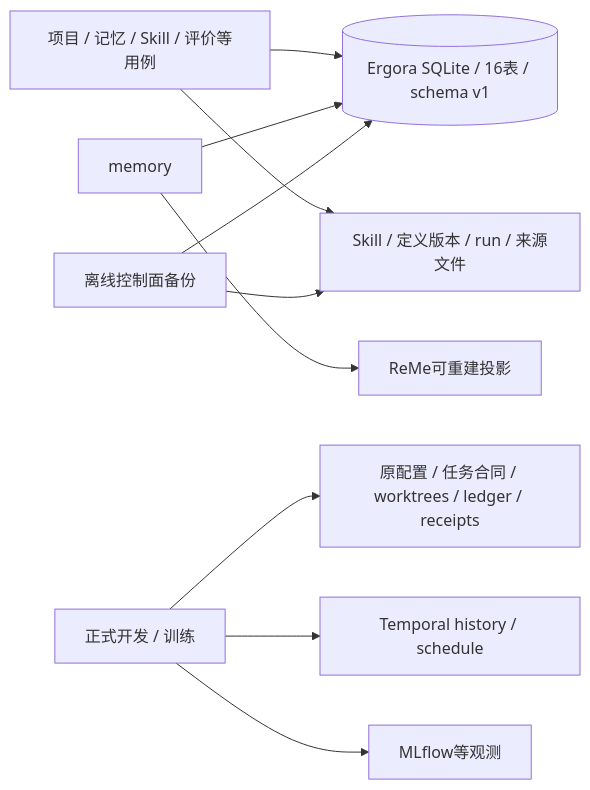
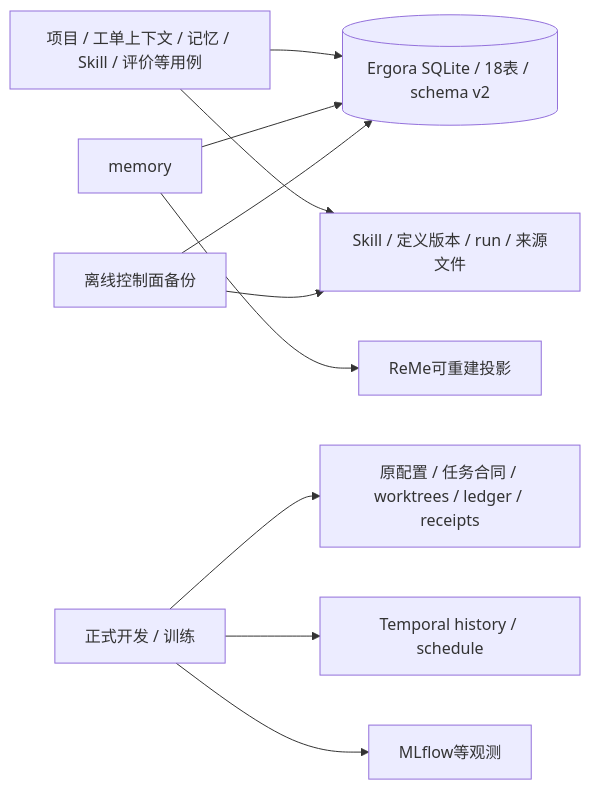
The fifth of 5 diagrams in docs/architecture/current.md (626619403/Ergora), drawn with Mermaid before and after one commit. The commit also changed other lines of this file and 27 other files, not shown here.

````diff
--- a/docs/architecture/current.md
+++ b/docs/architecture/current.md
@@ -197,12 +197,12 @@
 ```mermaid
 flowchart LR
-  Control[项目 / 记忆 / Skill / 评价等用例] --> DB[(Ergora SQLite / 16表 / schema v1)]
+  Control[项目 / 工单上下文 / 记忆 / Skill / 评价等用例] --> DB[(Ergora SQLite / 18表 / schema v2)]
   Control --> Assets[Skill / 定义版本 / run / 来源文件]
   Memory[memory] --> DB
   Memory --> ReMe[ReMe可重建投影]
   Runtime[正式开发 / 训练] --> Native[原配置 / 任务合同 / worktrees / ledger / receipts]
   Runtime --> Temporal[Temporal history / schedule]
   Runtime --> Observe[MLflow等观测]
   Backup[离线控制面备份] --> DB
   Backup --> Assets
 ```
````
